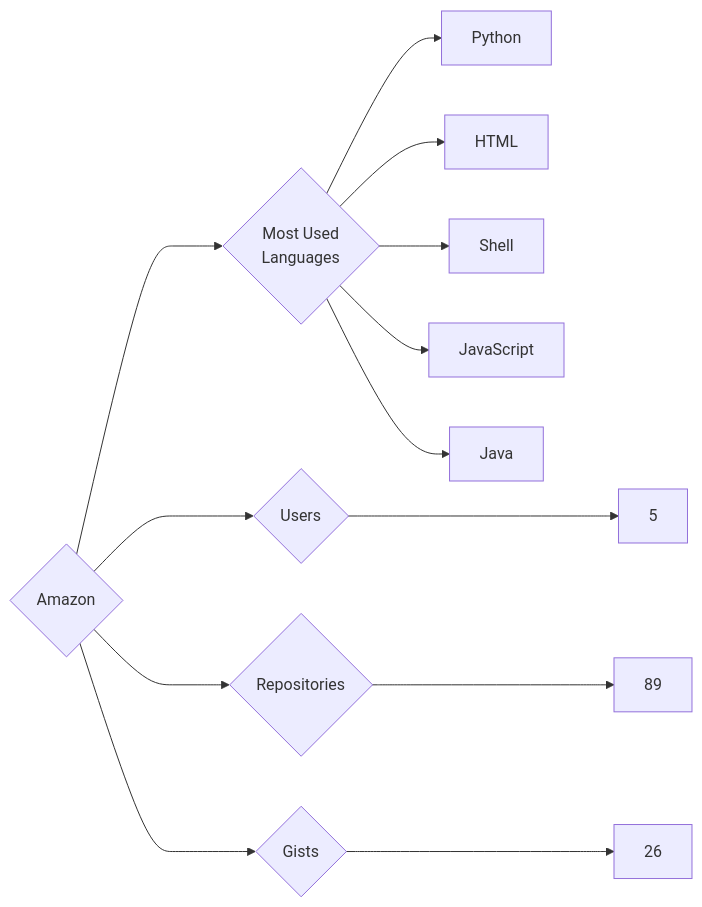
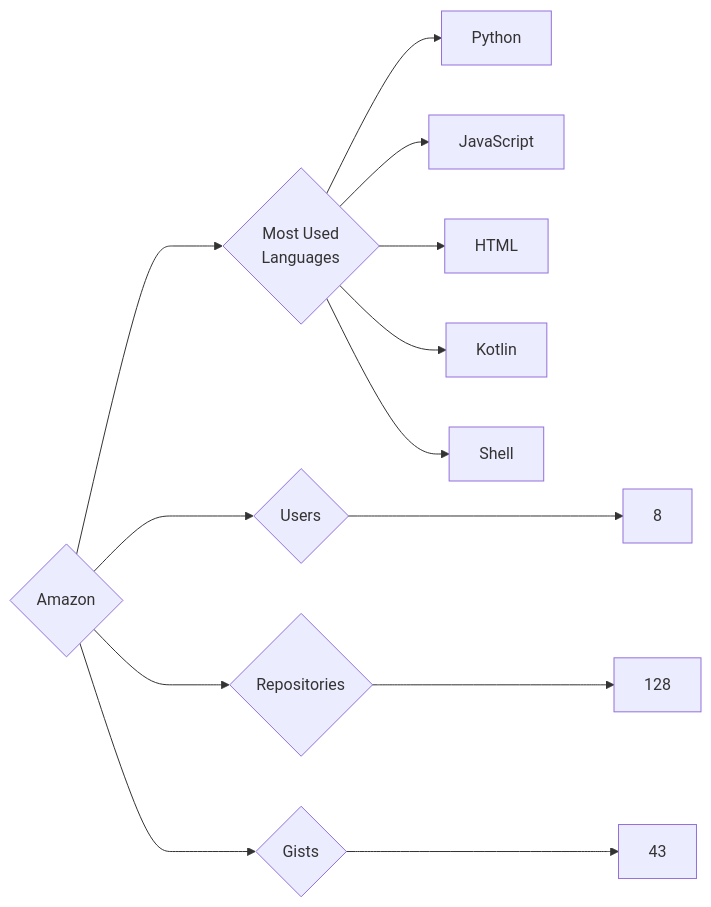
The diagram in targets/Amazon/README.md (trickest/insiders), drawn with Mermaid before and after one commit. The commit also changed 1055 other files, not shown here.

````diff
--- a/targets/Amazon/README.md
+++ b/targets/Amazon/README.md
@@ -3,13 +3,13 @@
 ```mermaid
 graph LR
 COMPANY_NAME{Amazon}
-COMPANY_NAME ---> U{Users} ---> UN[5]
-COMPANY_NAME ---> R{Repositories} ---> RN[89]
-COMPANY_NAME ---> G{Gists} ---> GN[26]
+COMPANY_NAME ---> U{Users} ---> UN[8]
+COMPANY_NAME ---> R{Repositories} ---> RN[128]
+COMPANY_NAME ---> G{Gists} ---> GN[43]
 COMPANY_NAME ---> ML{Most Used<br>Languages}
 ML --> Python[Python]
+ML --> JavaScript[JavaScript]
 ML --> HTML[HTML]
+ML --> Kotlin[Kotlin]
 ML --> Shell[Shell]
-ML --> JavaScript[JavaScript]
-ML --> Java[Java]
 ```
````
